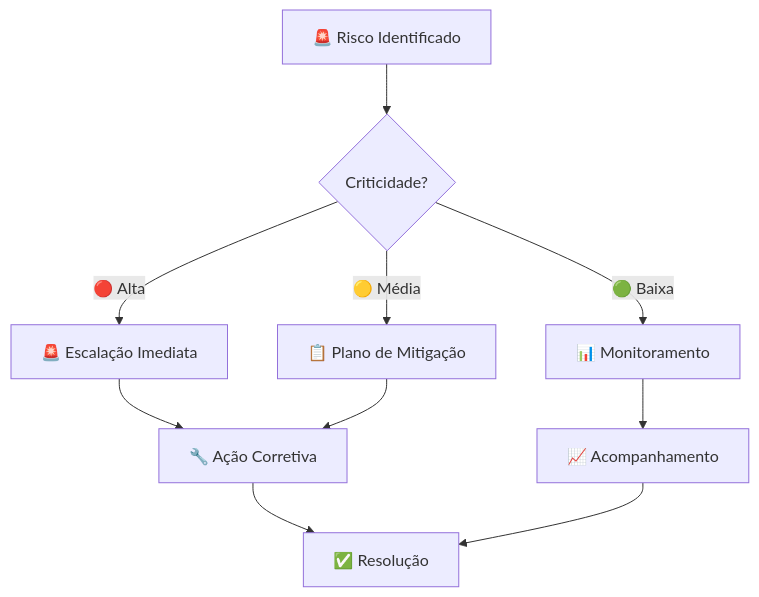
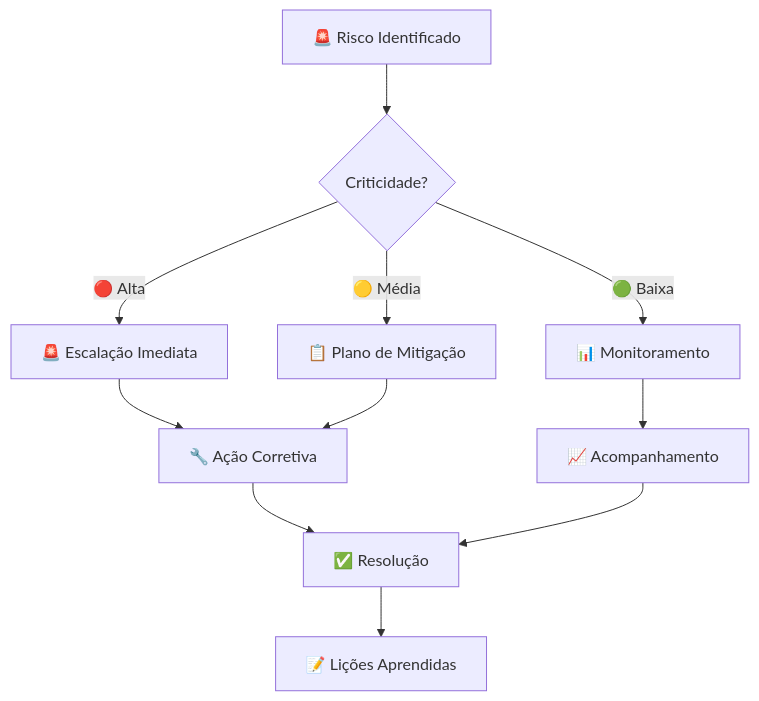
Before and after one commit to mcampello/capp-bunge-emails: the fourth of 4 diagrams in docs/cronograma.md, drawn with Mermaid. The commit also changed other lines of this file, not shown here.

````diff
--- a/docs/cronograma.md
+++ b/docs/cronograma.md
@@ -206,15 +266,17 @@
 ```mermaid
 flowchart TD
     A[🚨 Risco Identificado] --> B{Criticidade?}
     
     B -->|🔴 Alta| C[🚨 Escalação Imediata]
     B -->|🟡 Média| D[📋 Plano de Mitigação]
     B -->|🟢 Baixa| E[📊 Monitoramento]
     
     C --> F[🔧 Ação Corretiva]
     D --> F
     E --> G[📈 Acompanhamento]
     
     F --> H[✅ Resolução]
     G --> H
+    
+    H --> I[📝 Lições Aprendidas]
 ```
````
